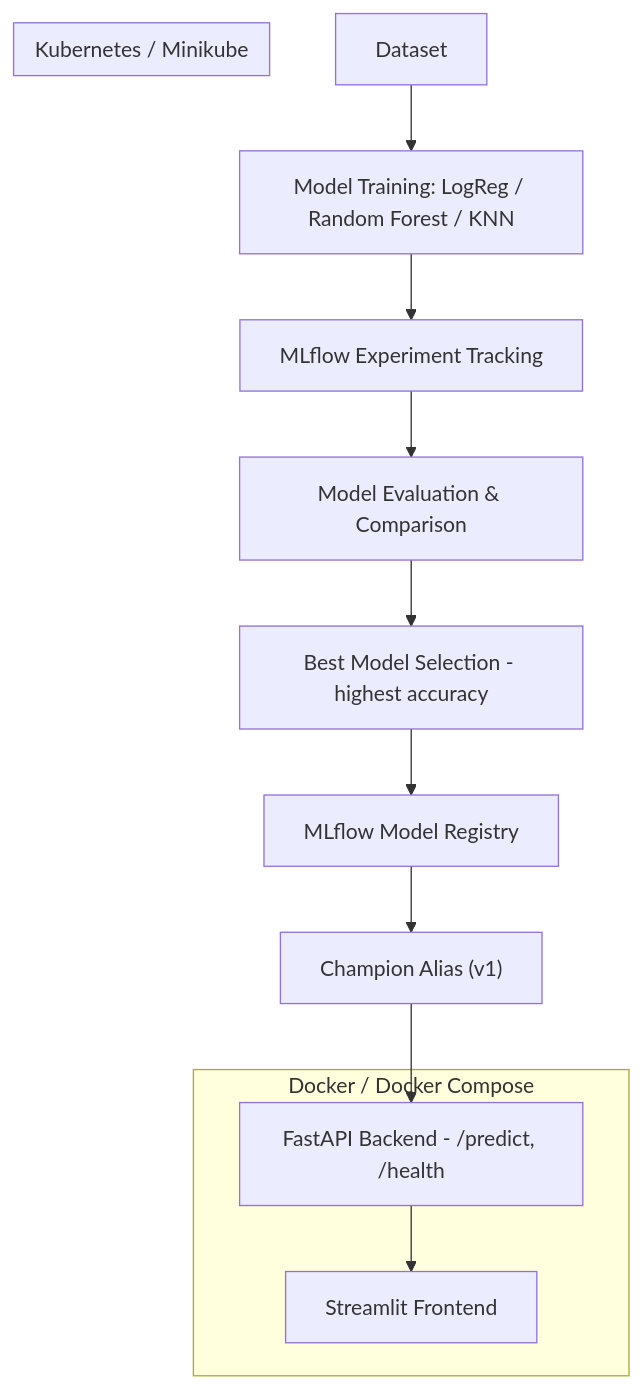
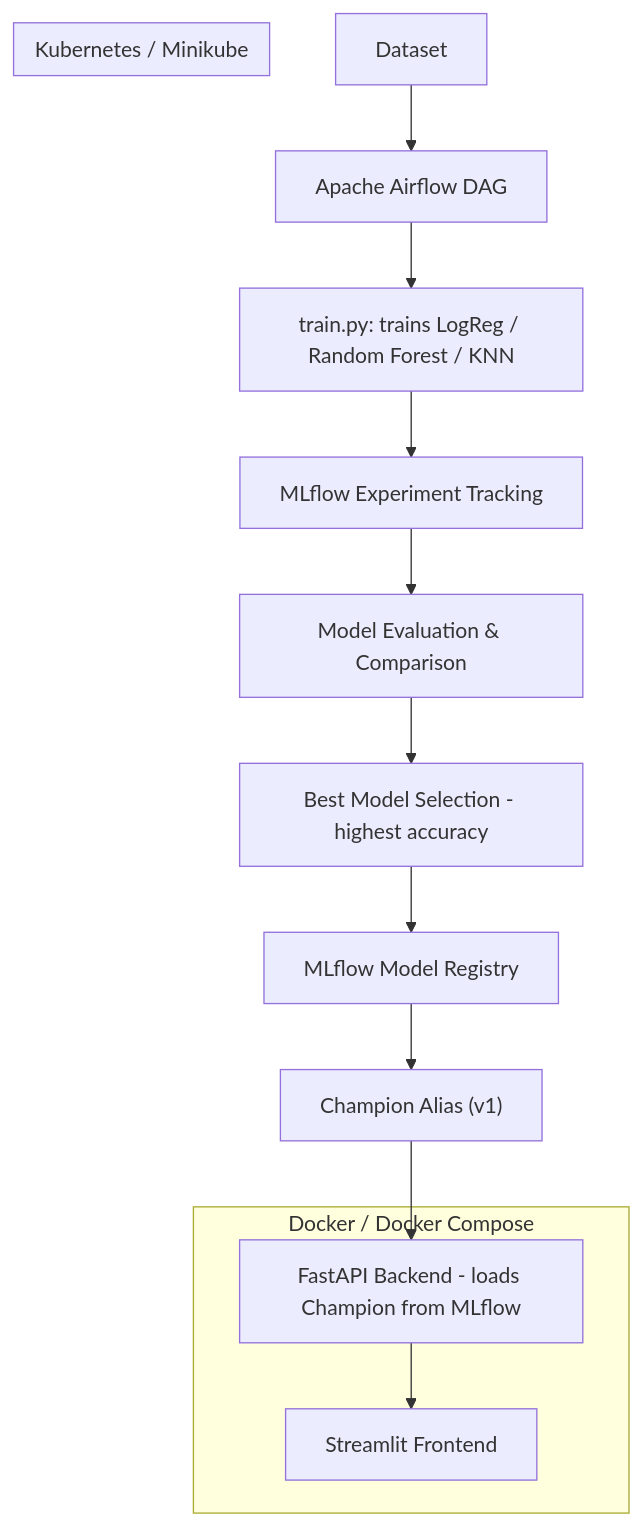
Before and after one commit to rizwanahmed786508/diabetes-prediction-system: the diagram in README.md, drawn with Mermaid. The commit also changed other lines of this file, not shown here.

````diff
--- a/README.md
+++ b/README.md
@@ -87,21 +90,22 @@
 ```mermaid
 flowchart TD
-    A[Dataset] --> B[Model Training: LogReg / Random Forest / KNN]
-    B --> C[MLflow Experiment Tracking]
-    C --> D[Model Evaluation & Comparison]
-    D --> E[Best Model Selection - highest accuracy]
-    E --> F[MLflow Model Registry]
-    F --> G["Champion Alias (v1)"]
-    G --> H[FastAPI Backend - /predict, /health]
-    H --> I[Streamlit Frontend]
+    A[Dataset] --> B[Apache Airflow DAG]
+    B --> C[train.py: trains LogReg / Random Forest / KNN]
+    C --> D[MLflow Experiment Tracking]
+    D --> E[Model Evaluation & Comparison]
+    E --> F[Best Model Selection - highest accuracy]
+    F --> G[MLflow Model Registry]
+    G --> H["Champion Alias (v1)"]
+    H --> I[FastAPI Backend - loads Champion from MLflow]
+    I --> J[Streamlit Frontend]
 
     subgraph Docker[Docker / Docker Compose]
-        H
         I
+        J
     end
 
     subgraph K8s[Kubernetes / Minikube]
-        H
         I
+        J
     end
 ```
````
